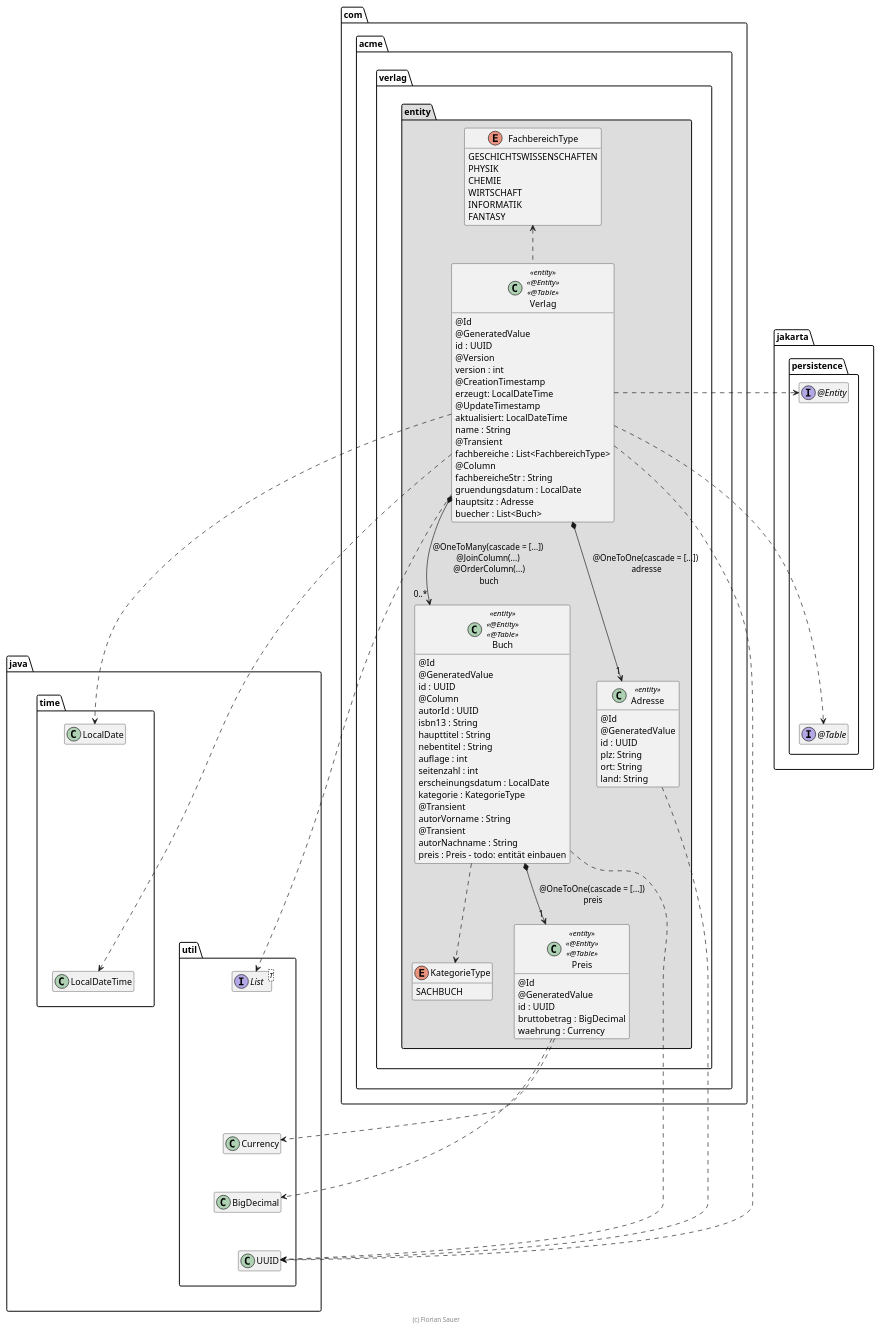
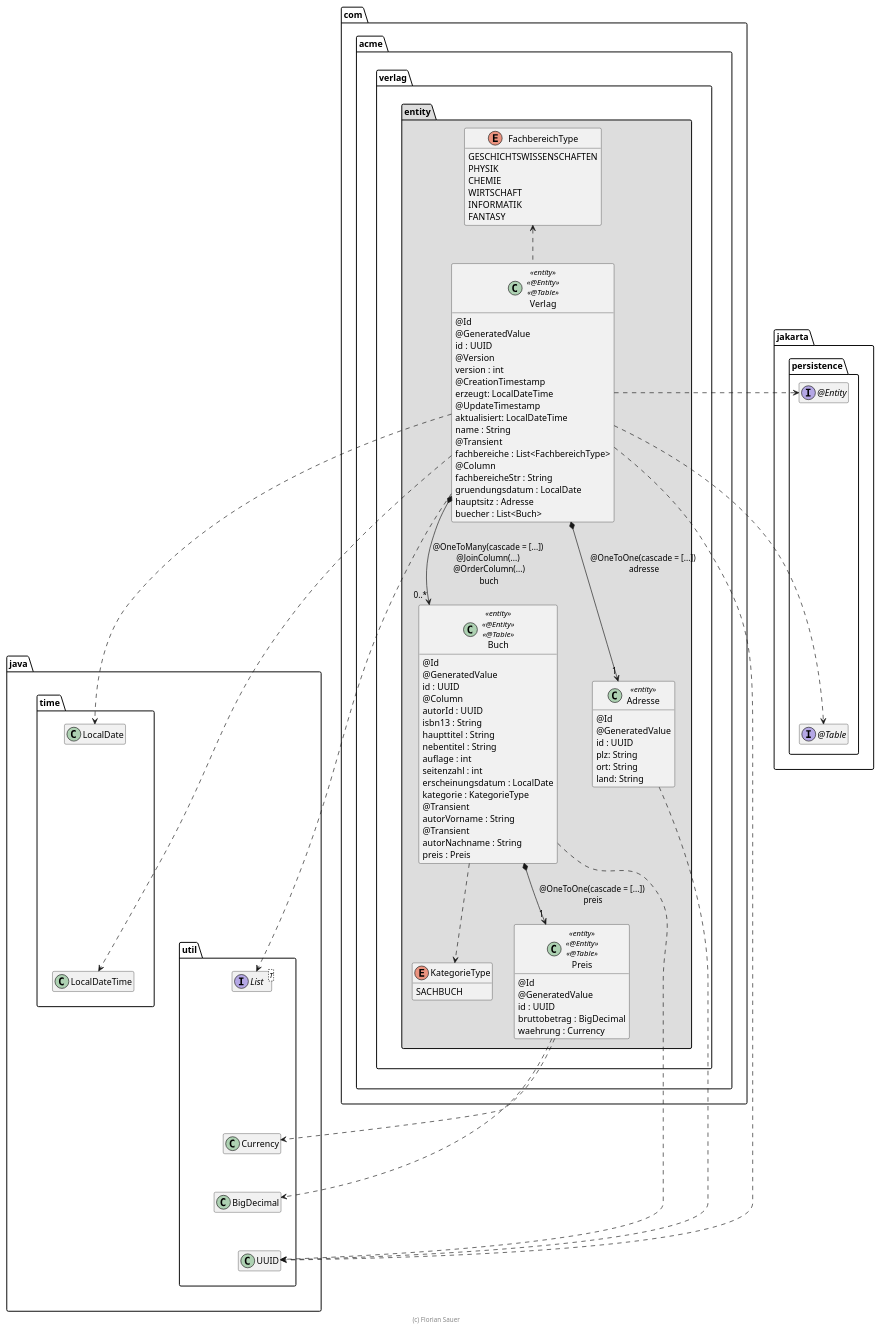
Before and after one commit to flomanuel/Software_Architecture_Course_Verlag: the diagram in extras/doc/Verlag.plantuml, drawn with PlantUML.

Commit message:
remove todo comment

```diff
--- a/extras/doc/Verlag.plantuml
+++ b/extras/doc/Verlag.plantuml
@@ -19,138 +19,138 @@
 @startuml Verlag
 
 skinparam classAttributeIconSize 0
 ' skinparam monochrome true
 
 package java {
     package util {
         class UUID
         interface List<T>
         class BigDecimal
         class Currency
 
         BigDecimal -[hidden]up-> List
         BigDecimal -[hidden]up-> Currency
         BigDecimal -[hidden]down-> UUID
         List -[hidden]down-> Currency
     }
 
     package time {
         class LocalDate
         class LocalDateTime
 
         LocalDate -[hidden]down-> LocalDateTime
     }
 
     time -[hidden]down-> util
 }
 
 com.acme.verlag -[hidden]right-> java
 
 package jakarta.persistence {
     interface "@Entity" as Entity
     interface "@Table" as Table
 
     Entity -[hidden]down-> Table
 }
 
 package com.acme.verlag {
     package entity #DDDDDD {
         class Buch << entity >> <<@Entity>> <<@Table>> {
             @Id
             @GeneratedValue
             id : UUID
             @Column
             autorId : UUID
             isbn13 : String
             haupttitel : String
             nebentitel : String
             auflage : int
             seitenzahl : int
             erscheinungsdatum : LocalDate
             kategorie : KategorieType
             @Transient
             autorVorname : String
             @Transient
             autorNachname : String
-            preis : Preis - todo: entität einbauen
+            preis : Preis
         }
 
         class Preis << entity >> <<@Entity>> <<@Table>> {
             @Id
             @GeneratedValue
             id : UUID
             bruttobetrag : BigDecimal
             waehrung : Currency
         }
 
         Buch ..> UUID
 
         class Adresse << entity >> {
             @Id
             @GeneratedValue
             id : UUID
             plz: String
             ort: String
             land: String
         }
         Adresse ..> UUID
 
         enum FachbereichType {
             GESCHICHTSWISSENSCHAFTEN
             PHYSIK
             CHEMIE
             WIRTSCHAFT
             INFORMATIK
             FANTASY
         }
 
         enum KategorieType {
             SACHBUCH
         }
 
         class Verlag << entity >>  << @Entity >>  << @Table >> {
             @Id
             @GeneratedValue
             id : UUID
             @Version
             version : int
             @CreationTimestamp
             erzeugt: LocalDateTime
             @UpdateTimestamp
             aktualisiert: LocalDateTime
             name : String
             @Transient
             fachbereiche : List<FachbereichType>
             @Column
             fachbereicheStr : String
             gruendungsdatum : LocalDate
             hauptsitz : Adresse
             buecher : List<Buch>
         }
 
         Verlag *--> "0..*" Buch : @OneToMany(cascade = [...]) \n@JoinColumn(...) \n@OrderColumn(...)\nbuch
         Verlag *--> "1" Adresse : @OneToOne(cascade = [...]) \nadresse
         Buch *--> "1" Preis : @OneToOne(cascade = [...]) \npreis
 
         Verlag .up.> FachbereichType
 
         Verlag .right.> UUID
         Verlag .right.> LocalDate
         Verlag .right.> LocalDateTime
 
         Verlag .right.> List
         Verlag .right.> Entity
         Verlag .right.> Table
 
         Buch .down.> KategorieType
 
         Preis ..> Currency
         Preis ..> BigDecimal
     }
 }
 
 hide empty members
 
 footer (c) Florian Sauer
 
 @enduml
```
